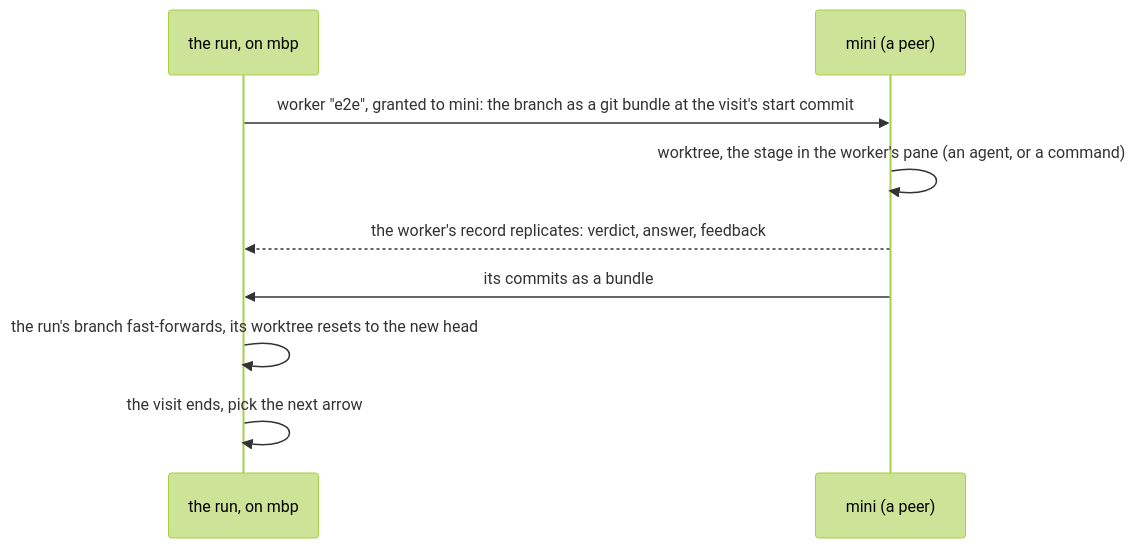
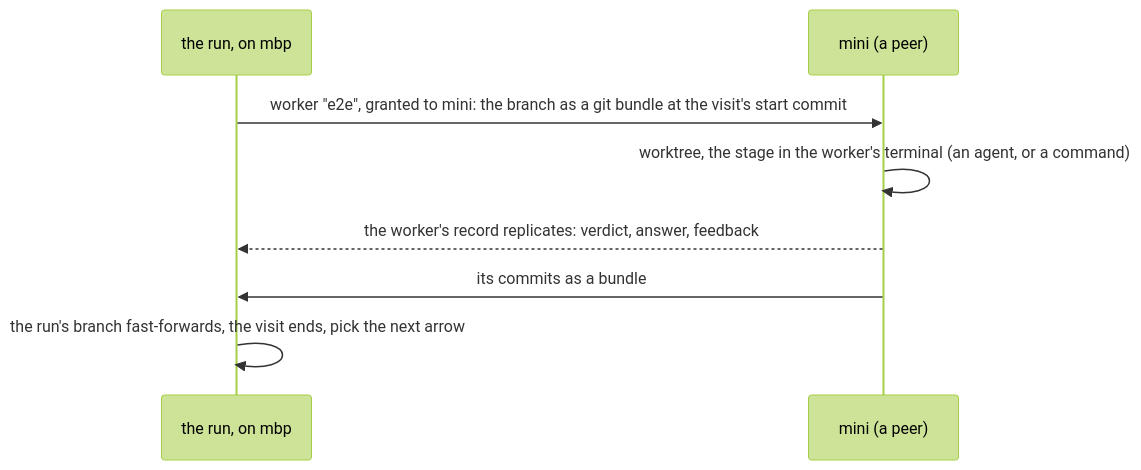
One commit to tampopogk/kanna changed the fourth of 4 diagrams in docs/specs/software-factory.md. Above: the diagram before and after it, drawn with Mermaid (forest theme). The commit also changed other lines of this file and 8 other files, not shown here.

````diff
--- a/docs/specs/software-factory.md
+++ b/docs/specs/software-factory.md
@@ -85,11 +85,10 @@
 ```mermaid
 sequenceDiagram
     participant R as the run, on mbp
     participant M as mini (a peer)
     R->>M: worker "e2e", granted to mini: the branch as a git bundle at the visit's start commit
-    M->>M: worktree, the stage in the worker's pane (an agent, or a command)
+    M->>M: worktree, the stage in the worker's terminal (an agent, or a command)
     M-->>R: the worker's record replicates: verdict, answer, feedback
     M->>R: its commits as a bundle
-    R->>R: the run's branch fast-forwards, its worktree resets to the new head
-    R->>R: the visit ends, pick the next arrow
+    R->>R: the run's branch fast-forwards, the visit ends, pick the next arrow
 ```
````
